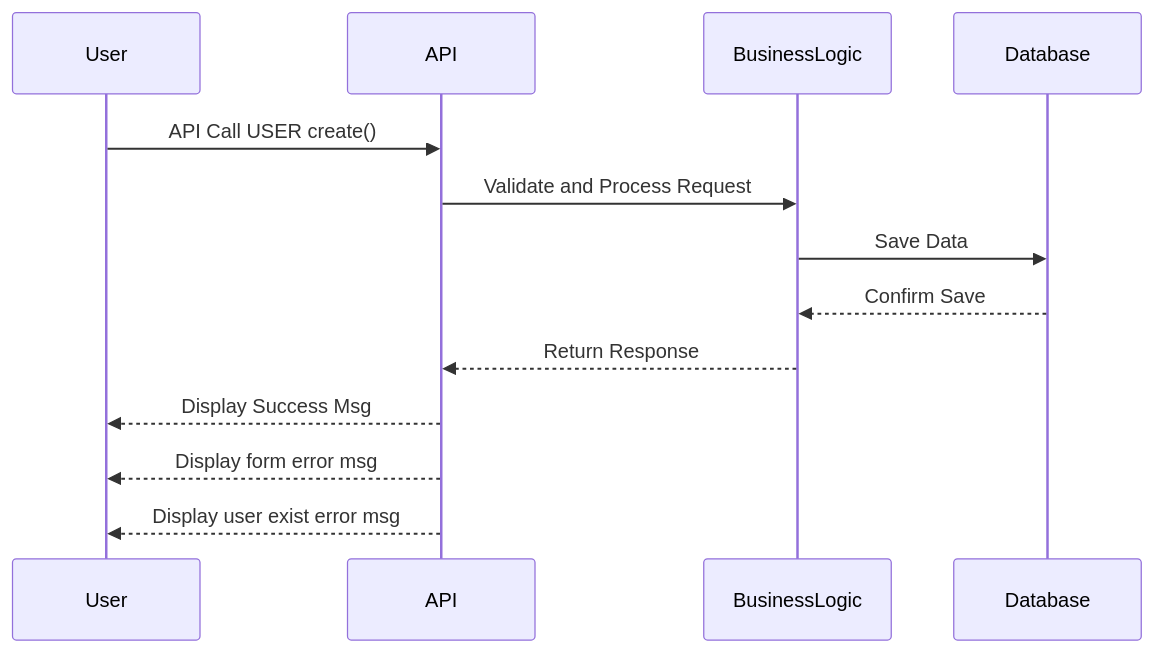
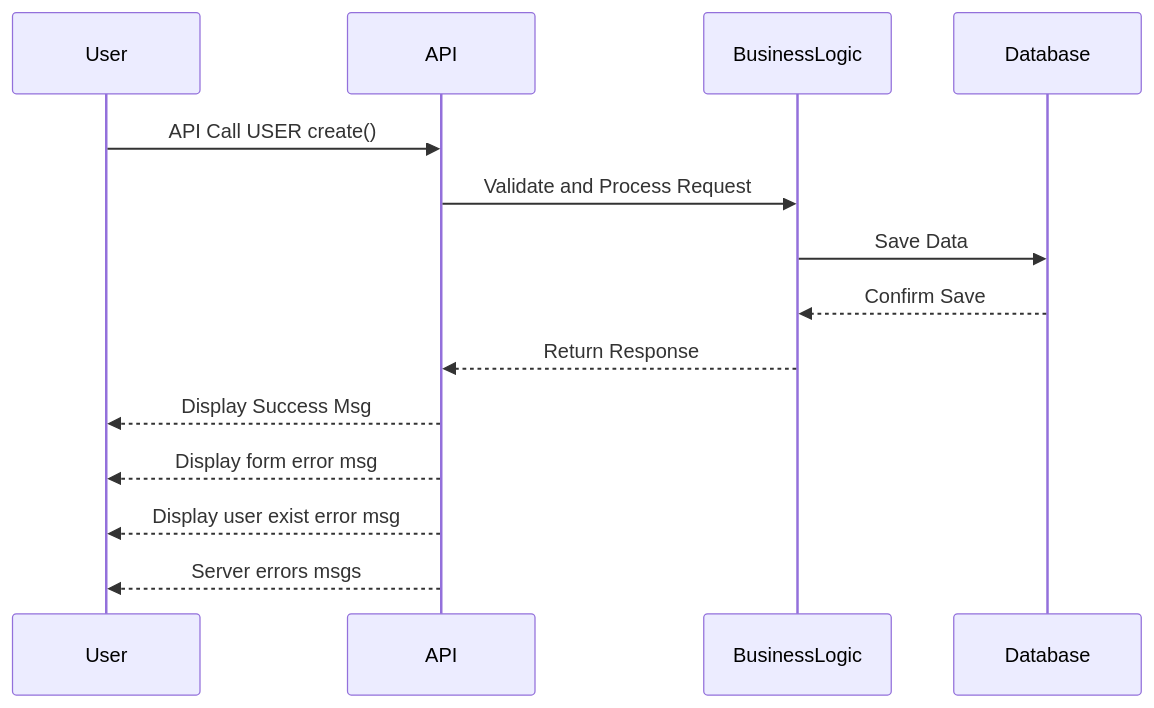
The first of 4 diagrams in part_1/sequence_diagrams.md (JulieRaph/holbertonschool-hbnb), drawn with Mermaid before and after one commit. The commit also changed other lines of this file, not shown here.

````diff
--- a/part_1/sequence_diagrams.md
+++ b/part_1/sequence_diagrams.md
@@ -7,16 +7,17 @@
 ```mermaid
 sequenceDiagram
 participant User
 participant API
 participant BusinessLogic
 participant Database
 
 User->>API: API Call USER create()
 API->>BusinessLogic: Validate and Process Request
 BusinessLogic->>Database: Save Data
 Database-->>BusinessLogic: Confirm Save
 BusinessLogic-->>API: Return Response
-API-->>User: Display Success Msg
+API -->> User: Display Success Msg
 API -->> User: Display form error msg
 API -->> User: Display user exist error msg
+API -->> User: Server errors msgs
 ```
````
